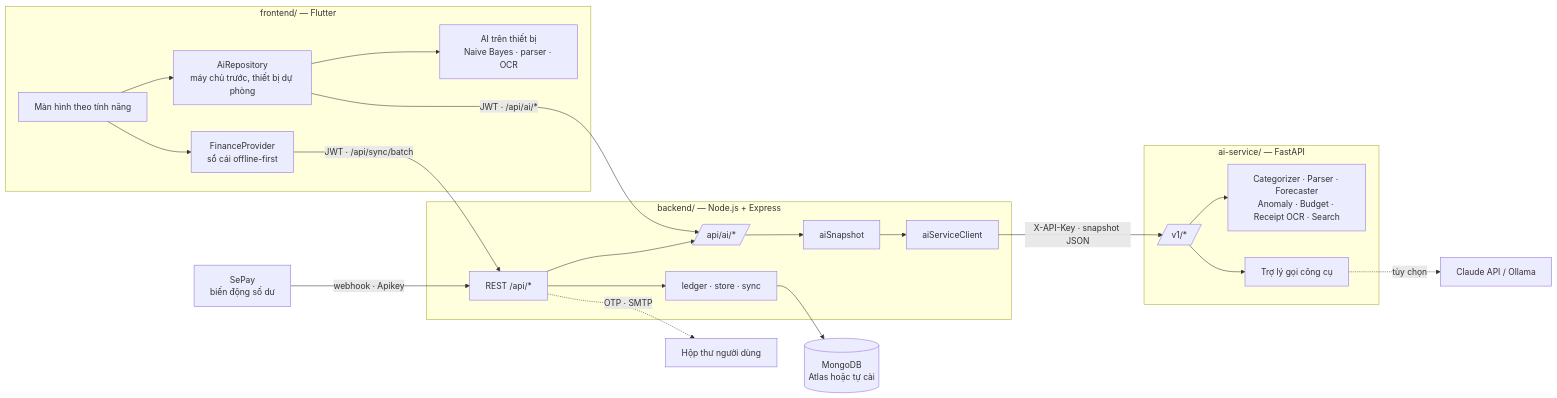
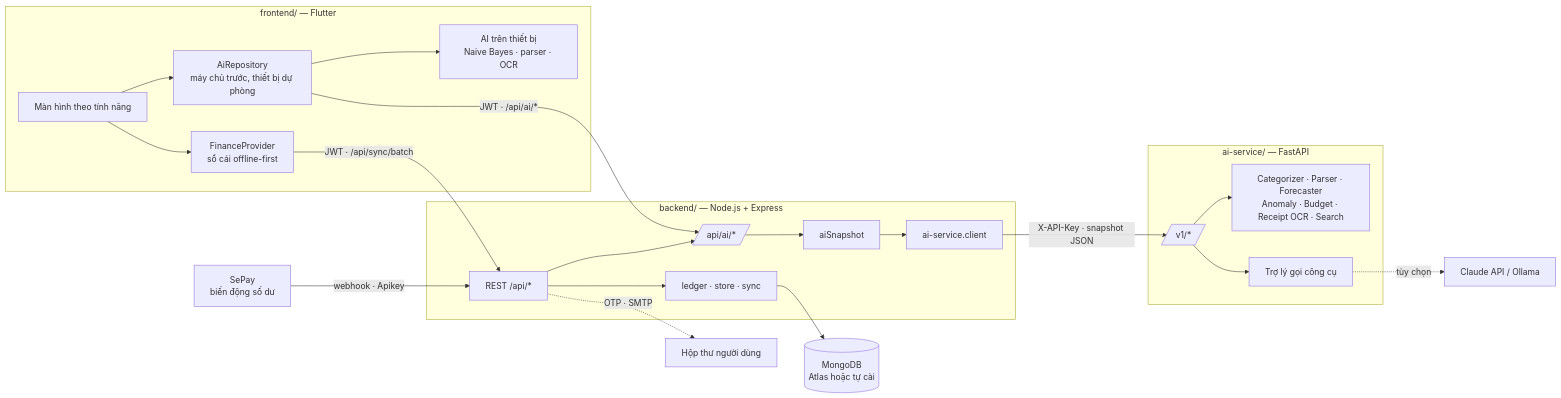
One commit to Duzcc/LTD--FINANCIAL-APP changed the diagram in README.md. Above: the diagram before and after it, drawn with Mermaid. The commit also changed other lines of this file and 302 other files, not shown here.

````diff
--- a/README.md
+++ b/README.md
@@ -118,24 +118,24 @@
 ```mermaid
 flowchart LR
   subgraph Client["frontend/ — Flutter"]
     UI[Màn hình theo tính năng] --> FP[FinanceProvider<br/>sổ cái offline-first]
     UI --> AR[AiRepository<br/>máy chủ trước, thiết bị dự phòng]
     AR --> OD[AI trên thiết bị<br/>Naive Bayes · parser · OCR]
   end
   subgraph API["backend/ — Node.js + Express"]
     R[REST /api/*] --> S[ledger · store · sync]
     R --> AIR[/api/ai/*/] --> SN[aiSnapshot]
-    SN --> AC[aiServiceClient]
+    SN --> AC[ai-service.client]
   end
   subgraph AIS["ai-service/ — FastAPI"]
     E[/v1/*/] --> M[Categorizer · Parser · Forecaster<br/>Anomaly · Budget · Receipt OCR · Search]
     E --> LLM[Trợ lý gọi công cụ]
   end
   FP -- "JWT · /api/sync/batch" --> R
   AR -- "JWT · /api/ai/*" --> AIR
   AC -- "X-API-Key · snapshot JSON" --> E
   S --> DB[(MongoDB<br/>Atlas hoặc tự cài)]
   SP[SePay<br/>biến động số dư] -- "webhook · Apikey" --> R
   R -. "OTP · SMTP" .-> MAIL[Hộp thư người dùng]
   LLM -. tùy chọn .-> CL[Claude API / Ollama]
 ```
````
